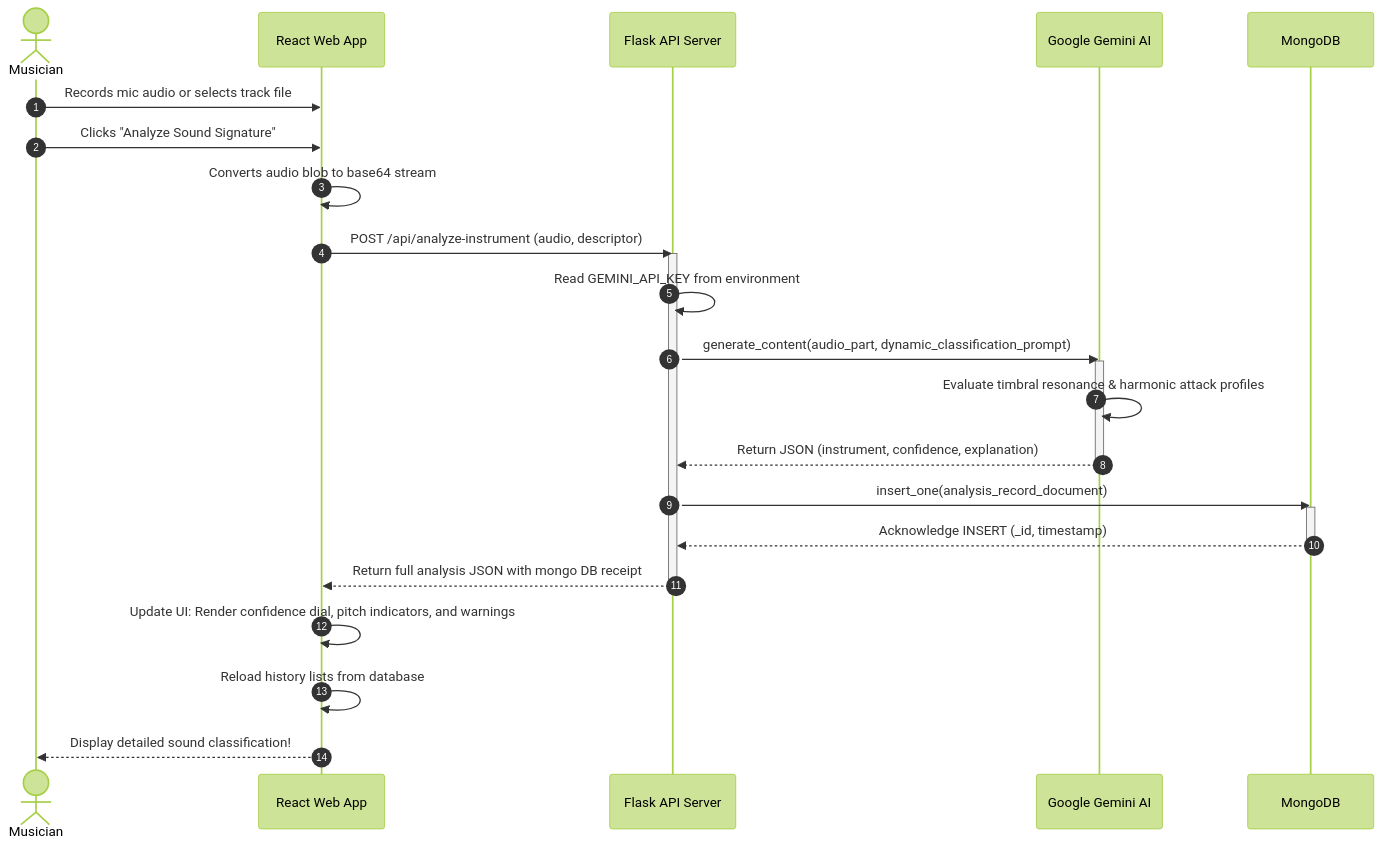
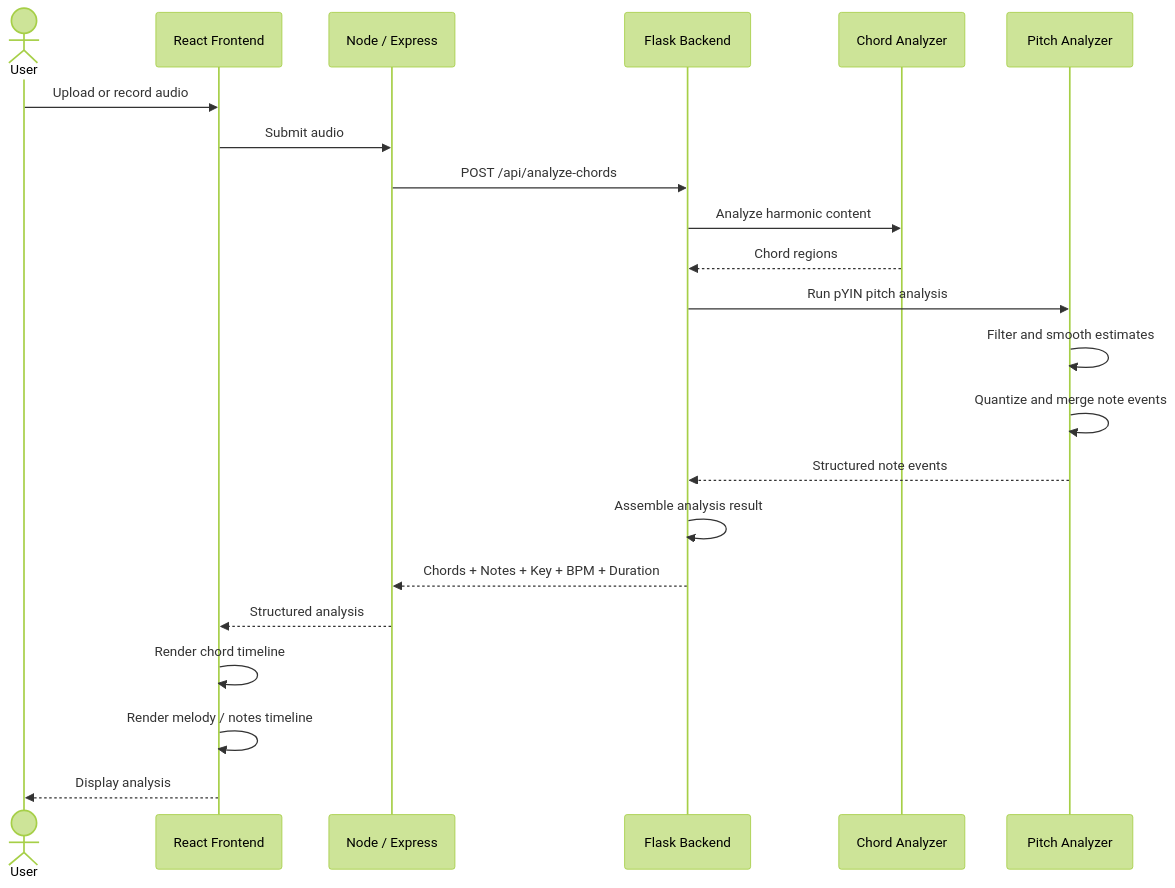
Before and after one commit to ROSE8D/Sonicarc: the fourth of 6 diagrams in README.md, drawn with Mermaid (forest theme). The commit also changed other lines of this file, not shown here.

Commit message:
Update README and system diagrams

````diff
--- a/README.md
+++ b/README.md
@@ -99,35 +387,29 @@
 ```mermaid
 sequenceDiagram
-    autonumber
-    actor Musician
-    participant Frontend as React Web App
-    participant Backend as Flask API Server
-    participant Gemini as Google Gemini AI
-    participant DB as MongoDB
+actor User
+participant UI as React Frontend
+participant Node as Node / Express
+participant Flask as Flask Backend
+participant Chord as Chord Analyzer
+participant Pitch as Pitch Analyzer
 
-    Musician->>Frontend: Records mic audio or selects track file
-    Musician->>Frontend: Clicks "Analyze Sound Signature"
-    Frontend->>Frontend: Converts audio blob to base64 stream
-    Frontend->>Backend: POST /api/analyze-instrument (audio, descriptor)
-    
-    activate Backend
-    Backend->>Backend: Read GEMINI_API_KEY from environment
-    Backend->>Gemini: generate_content(audio_part, dynamic_classification_prompt)
-    
-    activate Gemini
-    Gemini->>Gemini: Evaluate timbral resonance & harmonic attack profiles
-    Gemini-->>Backend: Return JSON (instrument, confidence, explanation)
-    deactivate Gemini
-    
-    Backend->>DB: insert_one(analysis_record_document)
-    activate DB
-    DB-->>Backend: Acknowledge INSERT (_id, timestamp)
-    deactivate DB
-    
-    Backend-->>Frontend: Return full analysis JSON with mongo DB receipt
-    deactivate Backend
-    
-    Frontend->>Frontend: Update UI: Render confidence dial, pitch indicators, and warnings
-    Frontend->>Frontend: Reload history lists from database
-    Frontend-->>Musician: Display detailed sound classification!
+User->>UI: Upload or record audio
+UI->>Node: Submit audio
+Node->>Flask: POST /api/analyze-chords
+
+Flask->>Chord: Analyze harmonic content
+Chord-->>Flask: Chord regions
+
+Flask->>Pitch: Run pYIN pitch analysis
+Pitch->>Pitch: Filter and smooth estimates
+Pitch->>Pitch: Quantize and merge note events
+Pitch-->>Flask: Structured note events
+
+Flask->>Flask: Assemble analysis result
+Flask-->>Node: Chords + Notes + Key + BPM + Duration
+
+Node-->>UI: Structured analysis
+UI->>UI: Render chord timeline
+UI->>UI: Render melody / notes timeline
+UI-->>User: Display analysis
 ```
````
